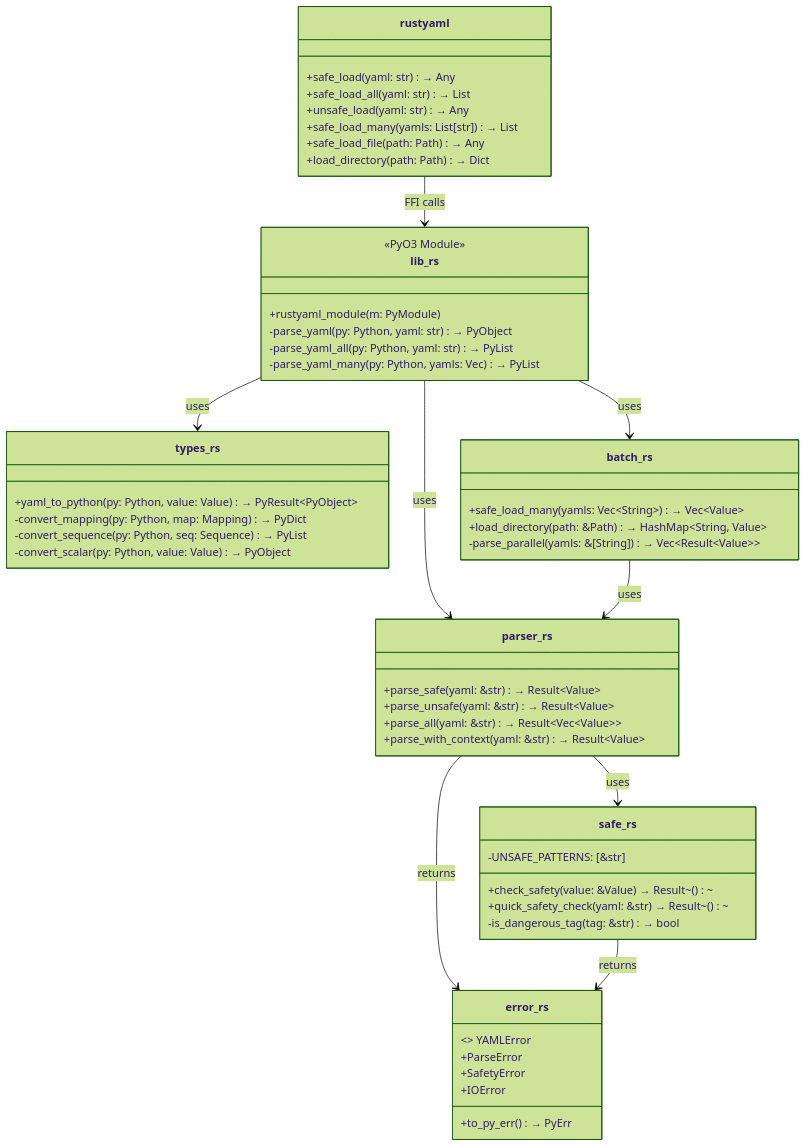
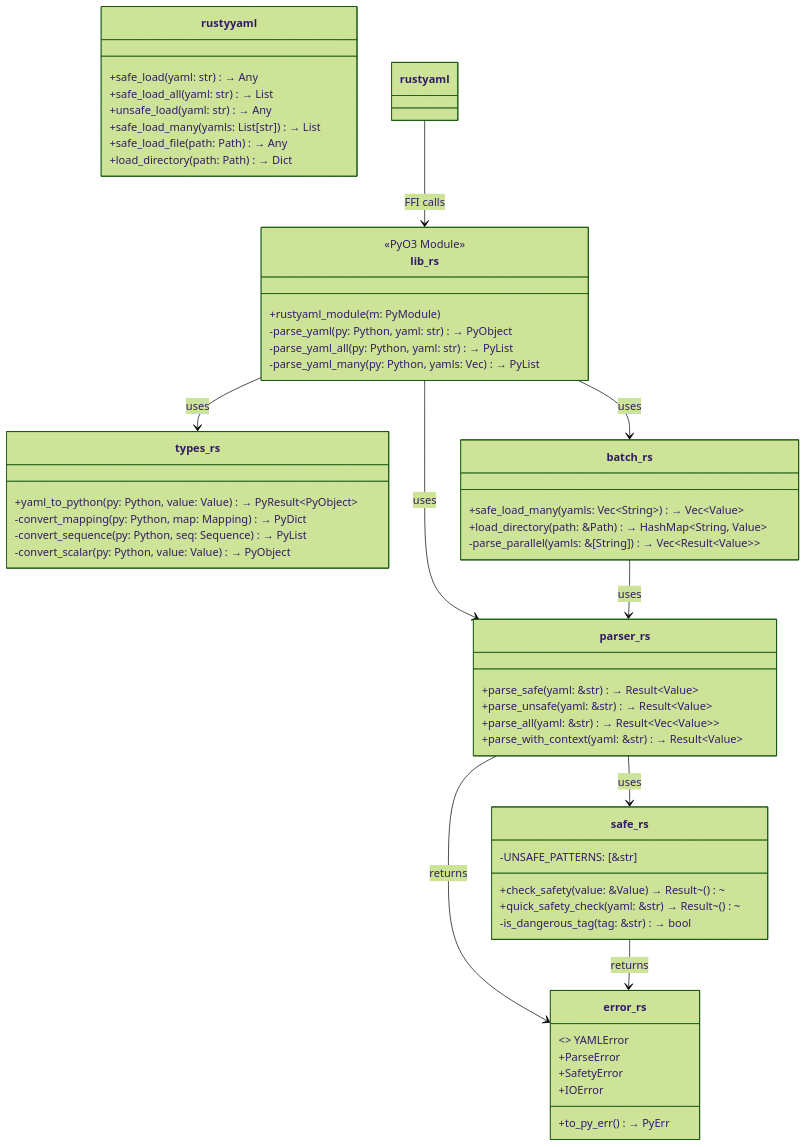
One commit to beelal-k/rustyyaml changed diagram 15 of 18 in docs/ARCHITECTURE.md. Above: the diagram before and after it, drawn with Mermaid (forest theme). The commit also changed other lines of this file and 14 other files, not shown here.

````diff
--- a/docs/ARCHITECTURE.md
+++ b/docs/ARCHITECTURE.md
@@ -448,63 +448,63 @@
 ```mermaid
 classDiagram
-    class rustyaml {
+    class rustyyaml {
         +safe_load(yaml: str) → Any
         +safe_load_all(yaml: str) → List
         +unsafe_load(yaml: str) → Any
         +safe_load_many(yamls: List[str]) → List
         +safe_load_file(path: Path) → Any
         +load_directory(path: Path) → Dict
     }
     
     class lib_rs {
         <<PyO3 Module>>
         +rustyaml_module(m: PyModule)
         -parse_yaml(py: Python, yaml: str) → PyObject
         -parse_yaml_all(py: Python, yaml: str) → PyList
         -parse_yaml_many(py: Python, yamls: Vec) → PyList
     }
     
     class parser_rs {
         +parse_safe(yaml: &str) → Result~Value~
         +parse_unsafe(yaml: &str) → Result~Value~
         +parse_all(yaml: &str) → Result~Vec~Value~~
         +parse_with_context(yaml: &str) → Result~Value~
     }
     
     class types_rs {
         +yaml_to_python(py: Python, value: Value) → PyResult~PyObject~
         -convert_mapping(py: Python, map: Mapping) → PyDict
         -convert_sequence(py: Python, seq: Sequence) → PyList
         -convert_scalar(py: Python, value: Value) → PyObject
     }
     
     class safe_rs {
         +check_safety(value: &Value) → Result~()~
         +quick_safety_check(yaml: &str) → Result~()~
         -is_dangerous_tag(tag: &str) → bool
         -UNSAFE_PATTERNS: [&str]
     }
     
     class batch_rs {
         +safe_load_many(yamls: Vec~String~) → Vec~Value~
         +load_directory(path: &Path) → HashMap~String, Value~
         -parse_parallel(yamls: &[String]) → Vec~Result~Value~~
     }
     
     class error_rs {
         <<enum>> YAMLError
         +ParseError
         +SafetyError
         +IOError
         +to_py_err() → PyErr
     }
     
     rustyaml --> lib_rs : FFI calls
     lib_rs --> parser_rs : uses
     lib_rs --> types_rs : uses
     lib_rs --> batch_rs : uses
     parser_rs --> safe_rs : uses
     batch_rs --> parser_rs : uses
     parser_rs --> error_rs : returns
     safe_rs --> error_rs : returns
 ```
````
